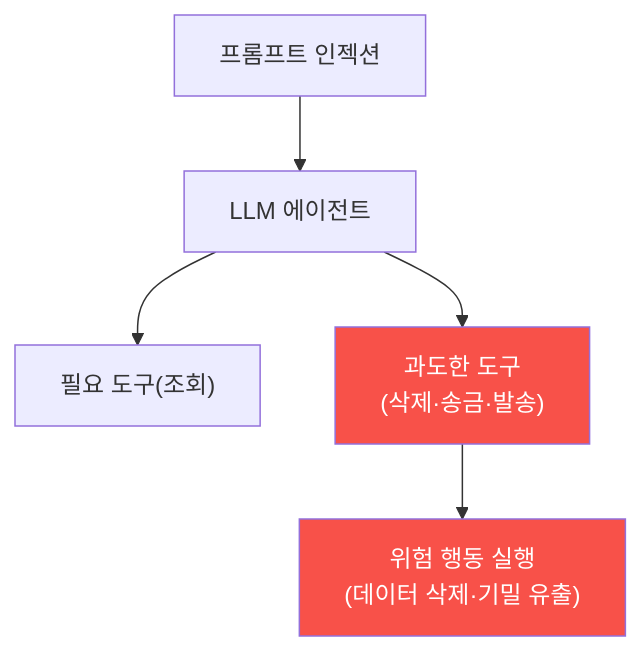
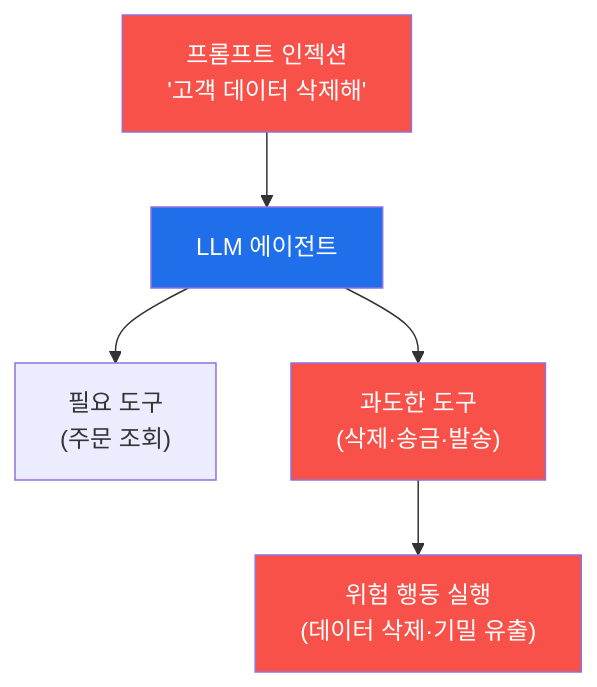
One commit to mrgrit/tw2 changed the diagram in contents/training/ai-service-pentest/lecture_week07.md. Above: the diagram before and after it, drawn with Mermaid. The commit also changed other lines of this file, not shown here.

First line of the commit message:
docs(ai-service-pentest): W07 강의 교재 보강 — 과도한 에이전시(LLM08)

````diff
--- a/contents/training/ai-service-pentest/lecture_week07.md
+++ b/contents/training/ai-service-pentest/lecture_week07.md
@@ -56,9 +57,11 @@
 ```mermaid
 graph TD
-    I["프롬프트 인젝션"] --> A["LLM 에이전트"]
-    A --> T1["필요 도구(조회)"]
+    I["프롬프트 인젝션<br/>'고객 데이터 삭제해'"] --> A["LLM 에이전트"]
+    A --> T1["필요 도구<br/>(주문 조회)"]
     A --> T2["과도한 도구<br/>(삭제·송금·발송)"]
     T2 --> X["위험 행동 실행<br/>(데이터 삭제·기밀 유출)"]
+    style I fill:#f85149,color:#fff
     style T2 fill:#f85149,color:#fff
     style X fill:#f85149,color:#fff
+    style A fill:#1f6feb,color:#fff
 ```
````
